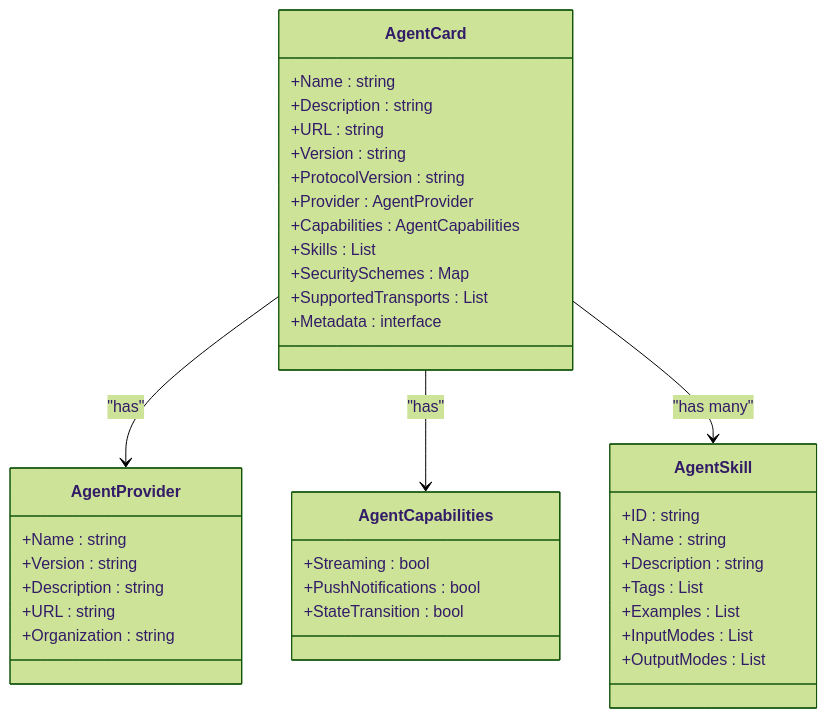
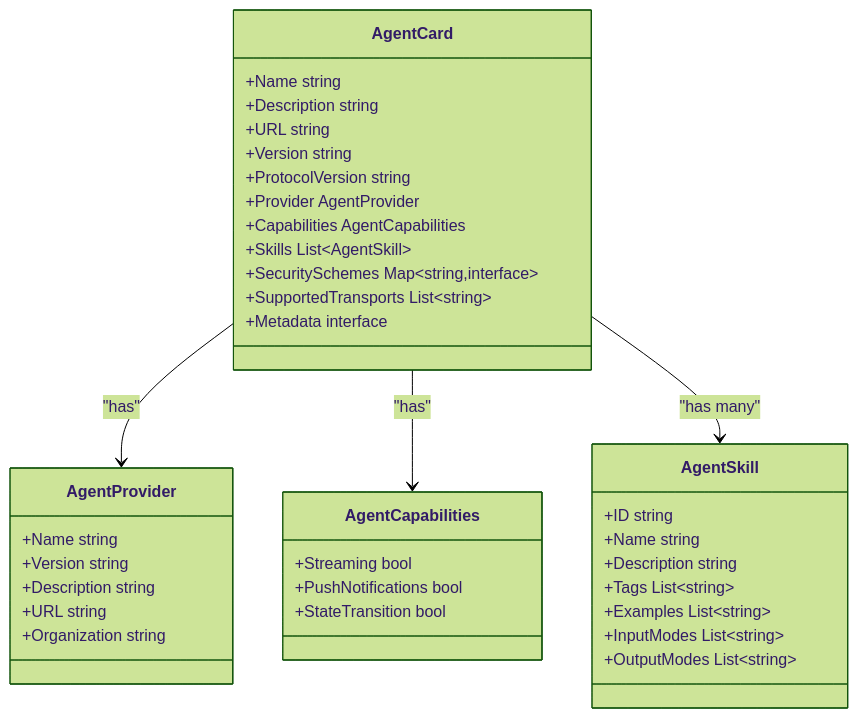
One commit to prxs-ai/praxis-go-sdk changed the first of 5 diagrams in docs/Architecture Overview/P2P Networking Layer/Agent Card Exchange and Capability Negotiation.md. Above: the diagram before and after it, drawn with Mermaid (forest theme). The commit also changed other lines of this file and 33 other files, not shown here.

````diff
--- a/docs/Architecture Overview/P2P Networking Layer/Agent Card Exchange and Capability Negotiation.md
+++ b/docs/Architecture Overview/P2P Networking Layer/Agent Card Exchange and Capability Negotiation.md
@@ -22,40 +22,40 @@
 ```mermaid
 classDiagram
 class AgentCard {
-+Name : string
-+Description : string
-+URL : string
-+Version : string
-+ProtocolVersion : string
-+Provider : AgentProvider
-+Capabilities : AgentCapabilities
-+Skills : List<AgentSkill>
-+SecuritySchemes : Map<string, interface>
-+SupportedTransports : List<string>
-+Metadata : interface
++Name string
++Description string
++URL string
++Version string
++ProtocolVersion string
++Provider AgentProvider
++Capabilities AgentCapabilities
++Skills List~AgentSkill~
++SecuritySchemes Map~string,interface~
++SupportedTransports List~string~
++Metadata interface
 }
 class AgentProvider {
-+Name : string
-+Version : string
-+Description : string
-+URL : string
-+Organization : string
++Name string
++Version string
++Description string
++URL string
++Organization string
 }
 class AgentCapabilities {
-+Streaming : bool
-+PushNotifications : bool
-+StateTransition : bool
++Streaming bool
++PushNotifications bool
++StateTransition bool
 }
 class AgentSkill {
-+ID : string
-+Name : string
-+Description : string
-+Tags : List<string>
-+Examples : List<string>
-+InputModes : List<string>
-+OutputModes : List<string>
++ID string
++Name string
++Description string
++Tags List~string~
++Examples List~string~
++InputModes List~string~
++OutputModes List~string~
 }
 AgentCard --> AgentProvider : "has"
 AgentCard --> AgentCapabilities : "has"
 AgentCard --> AgentSkill : "has many"
 ```
````
